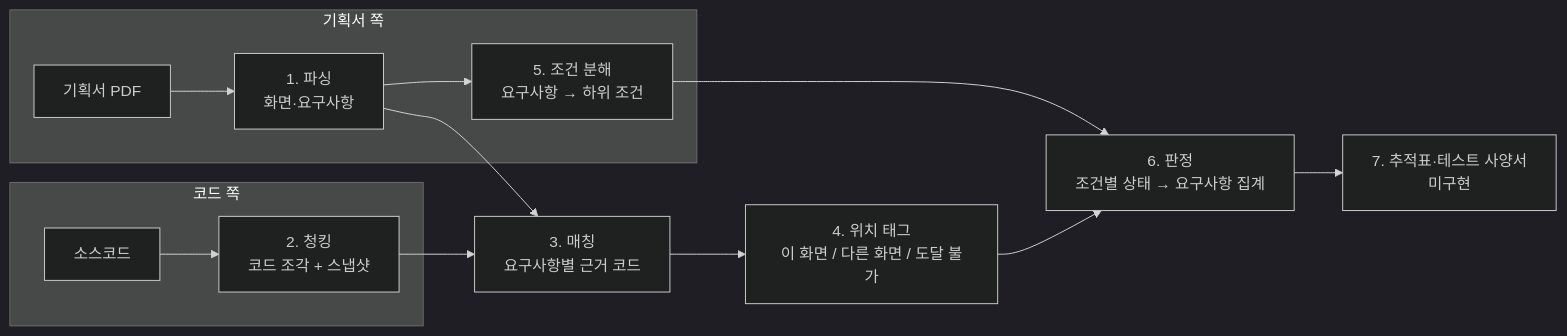
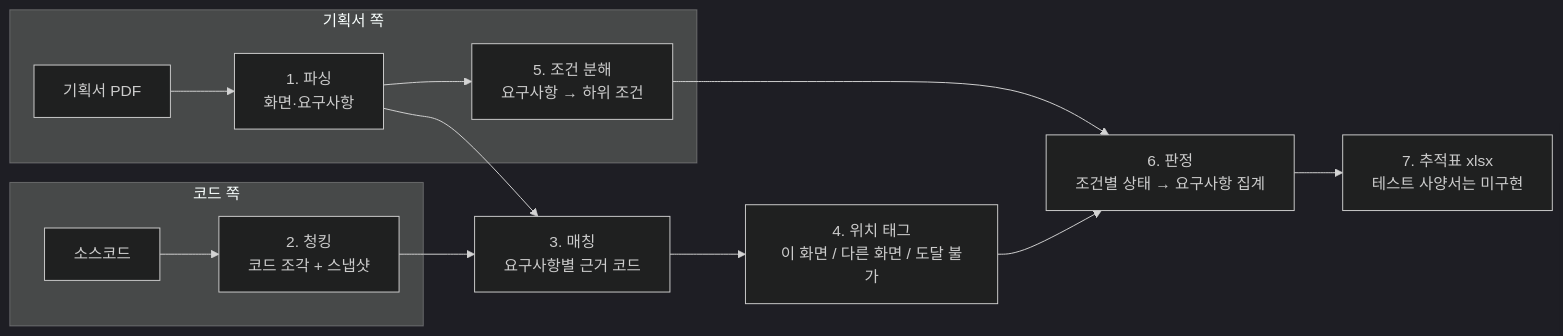
Before and after one commit to SpecPilot-8/backend: the diagram in README.md, drawn with Mermaid (dark theme). The commit also changed other lines of this file and 3 other files, not shown here.

````diff
--- a/README.md
+++ b/README.md
@@ -10,16 +10,16 @@
 ```mermaid
 flowchart LR
     subgraph spec[기획서 쪽]
         A[기획서 PDF] --> B[1. 파싱<br/>화면·요구사항]
         B --> C[5. 조건 분해<br/>요구사항 → 하위 조건]
     end
     subgraph code[코드 쪽]
         D[소스코드] --> E[2. 청킹<br/>코드 조각 + 스냅샷]
     end
     B --> F[3. 매칭<br/>요구사항별 근거 코드]
     E --> F
     F --> G[4. 위치 태그<br/>이 화면 / 다른 화면 / 도달 불가]
     C --> H[6. 판정<br/>조건별 상태 → 요구사항 집계]
     G --> H
-    H --> I[7. 추적표·테스트 사양서<br/>미구현]
+    H --> I[7. 추적표 xlsx<br/>테스트 사양서는 미구현]
 ```
````
